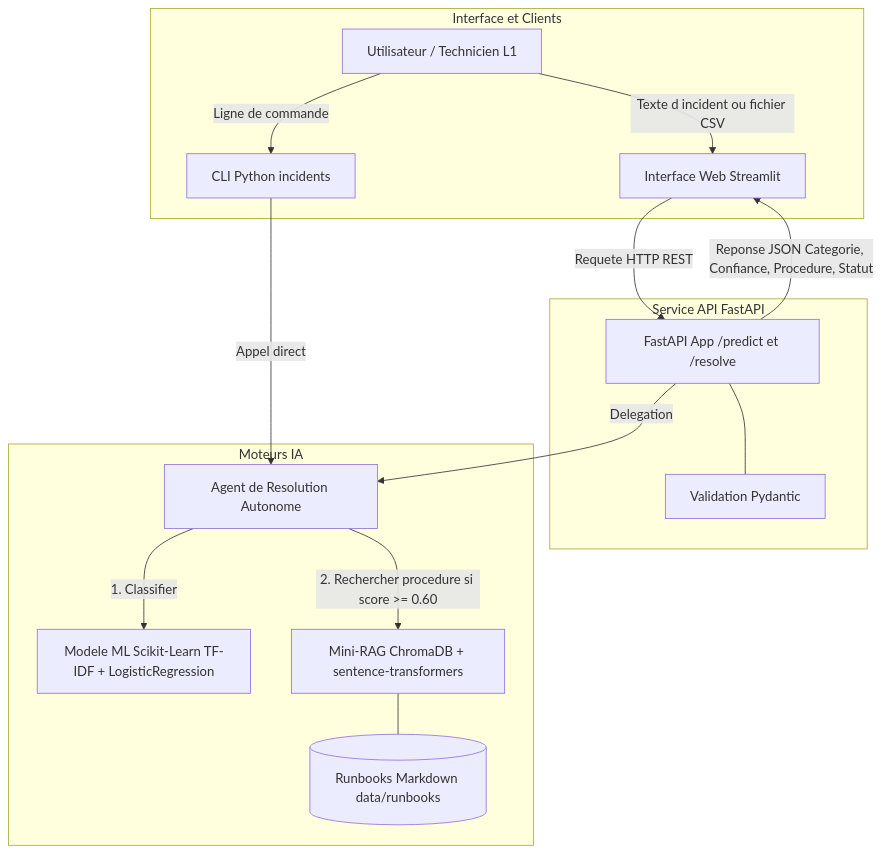
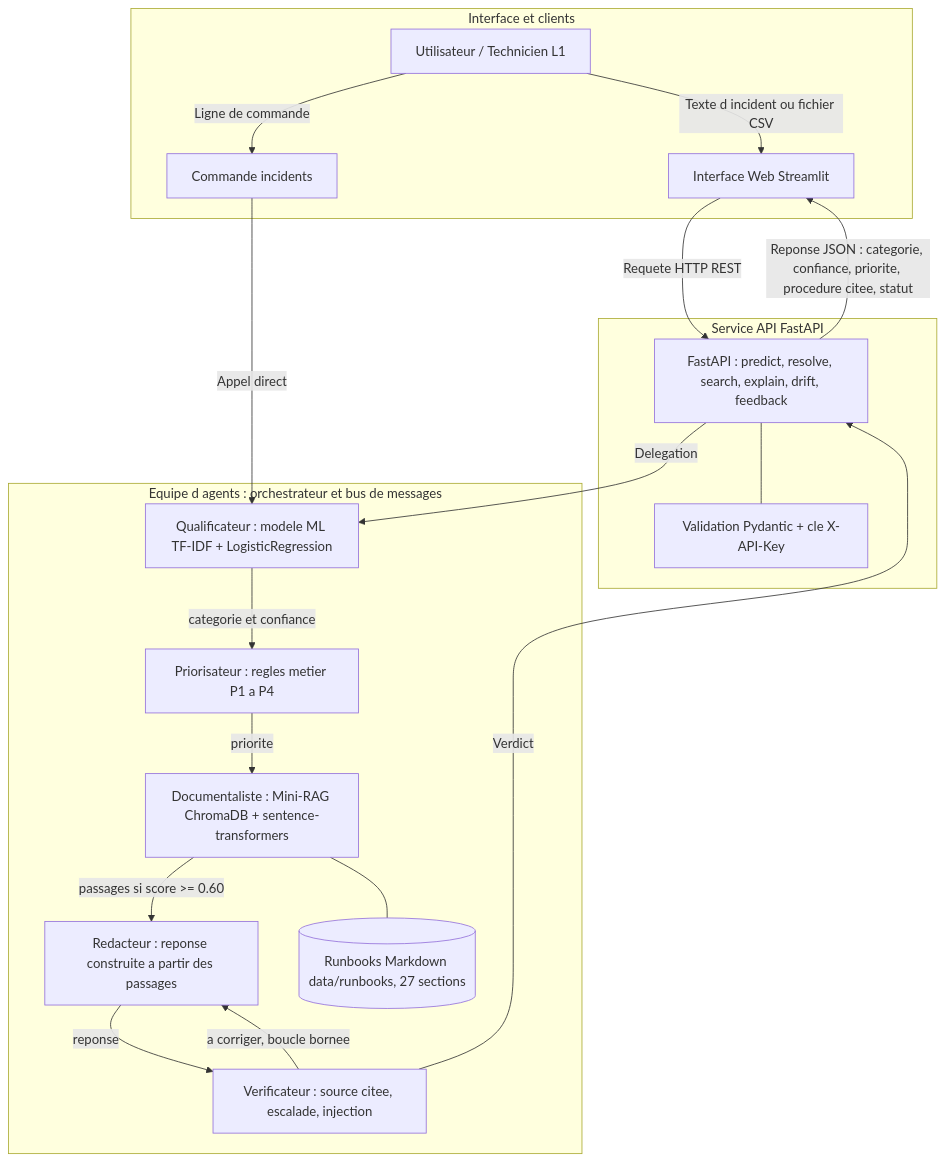
The diagram in docs/semaine1/3-maquette.md (inazuma2004/Lamzouri_Ishak-Amrani_Ismail_Projet20), drawn with Mermaid before and after one commit. The commit also changed other lines of this file and 12 other files, not shown here.

````diff
--- a/docs/semaine1/3-maquette.md
+++ b/docs/semaine1/3-maquette.md
@@ -13,32 +13,38 @@
 ```mermaid
 flowchart TD
-    subgraph Client ["Interface et Clients"]
+    subgraph Client ["Interface et clients"]
         U["Utilisateur / Technicien L1"]
         UI["Interface Web Streamlit"]
-        CLI["CLI Python incidents"]
+        CLI["Commande incidents"]
         U -->|Texte d incident ou fichier CSV| UI
         U -->|Ligne de commande| CLI
     end
 
     subgraph Backend ["Service API FastAPI"]
-        API["FastAPI App /predict et /resolve"]
-        VAL["Validation Pydantic"]
+        API["FastAPI : predict, resolve, search, explain, drift, feedback"]
+        VAL["Validation Pydantic + cle X-API-Key"]
         API --- VAL
     end
 
-    subgraph Intelligence ["Moteurs IA"]
-        ML["Modele ML Scikit-Learn TF-IDF + LogisticRegression"]
-        AGENT["Agent de Resolution Autonome"]
-        RAG["Mini-RAG ChromaDB + sentence-transformers"]
-        RUNBOOKS[("Runbooks Markdown data/runbooks")]
-        
-        AGENT -->|1. Classifier| ML
-        AGENT -->|2. Rechercher procedure si score >= 0.60| RAG
-        RAG --- RUNBOOKS
+    subgraph Intelligence ["Equipe d agents : orchestrateur et bus de messages"]
+        Q["Qualificateur : modele ML TF-IDF + LogisticRegression"]
+        P["Priorisateur : regles metier P1 a P4"]
+        D["Documentaliste : Mini-RAG ChromaDB + sentence-transformers"]
+        R["Redacteur : reponse construite a partir des passages"]
+        V["Verificateur : source citee, escalade, injection"]
+        RUNBOOKS[("Runbooks Markdown data/runbooks, 27 sections")]
+
+        Q -->|categorie et confiance| P
+        P -->|priorite| D
+        D -->|passages si score >= 0.60| R
+        R -->|reponse| V
+        V -->|a corriger, boucle bornee| R
+        D --- RUNBOOKS
     end
 
     UI -->|Requete HTTP REST| API
-    CLI -->|Appel direct| AGENT
-    API -->|Delegation| AGENT
-    API -->|Reponse JSON Categorie, Confiance, Procedure, Statut| UI
+    CLI -->|Appel direct| Q
+    API -->|Delegation| Q
+    V -->|Verdict| API
+    API -->|Reponse JSON : categorie, confiance, priorite, procedure citee, statut| UI
 ```
````
